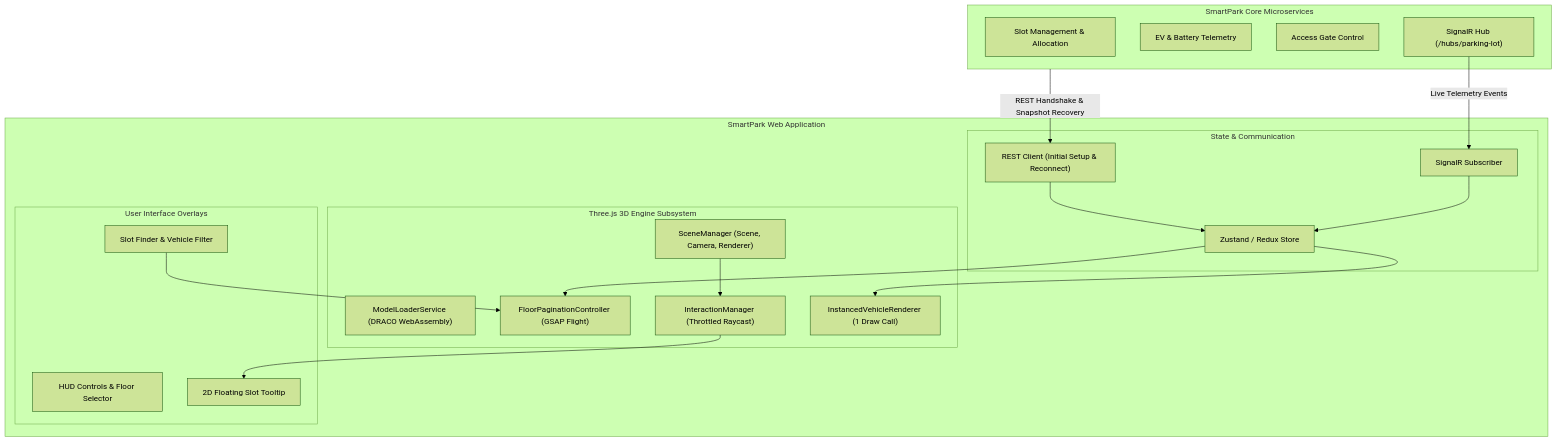
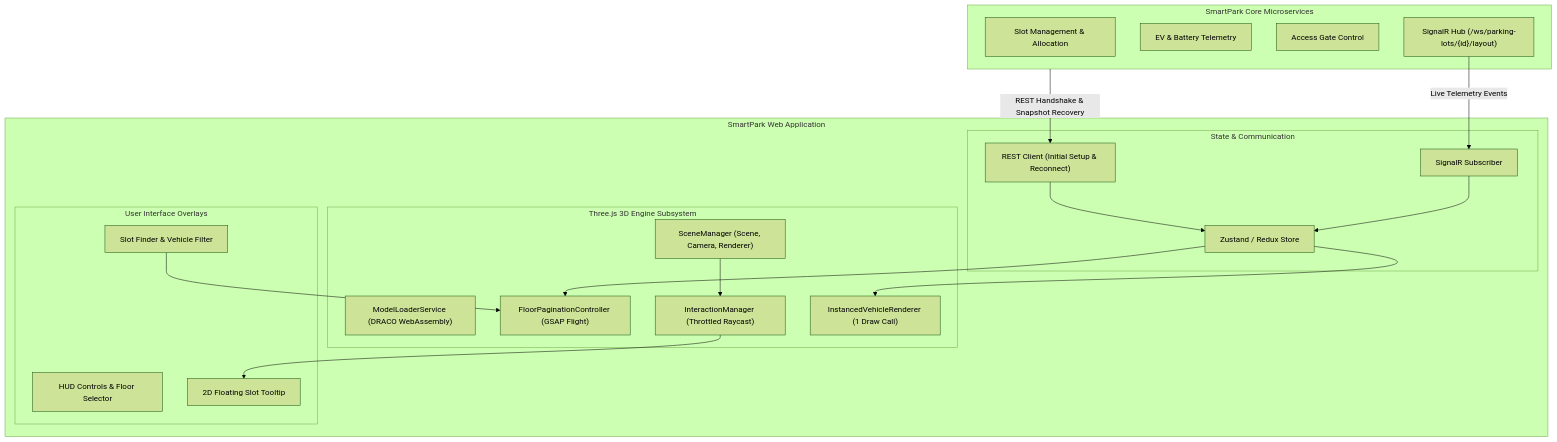
Before and after one commit to Quangthm/Mock-Project-Smart-Parking: the diagram in docs/03-design/3d-digital-twin/3D_MODEL_IMPLEMENTATION_GUIDE.md, drawn with Mermaid (forest theme). The commit also changed other lines of this file and 20 other files, not shown here.

````diff
--- a/docs/03-design/3d-digital-twin/3D_MODEL_IMPLEMENTATION_GUIDE.md
+++ b/docs/03-design/3d-digital-twin/3D_MODEL_IMPLEMENTATION_GUIDE.md
@@ -230,41 +230,41 @@
 ```mermaid
 flowchart TD
     subgraph Backend ["SmartPark Core Microservices"]
         SlotSvc["Slot Management & Allocation"]
         TeleSvc["EV & Battery Telemetry"]
         GateSvc["Access Gate Control"]
-        SignalRHub["SignalR Hub (/hubs/parking-lot)"]
+        SignalRHub["SignalR Hub (/ws/parking-lots/{id}/layout)"]
     end
 
     subgraph WebClient ["SmartPark Web Application"]
         subgraph StateLayer ["State & Communication"]
             REST["REST Client (Initial Setup & Reconnect)"]
             SignalRSub["SignalR Subscriber"]
             AppStore["Zustand / Redux Store"]
         end
 
         subgraph ThreeJSSubsystem ["Three.js 3D Engine Subsystem"]
             ModelLoader["ModelLoaderService (DRACO WebAssembly)"]
             SceneMgr["SceneManager (Scene, Camera, Renderer)"]
             FloorCtrl["FloorPaginationController (GSAP Flight)"]
             RaycastMgr["InteractionManager (Throttled Raycast)"]
             VehicleInstancer["InstancedVehicleRenderer (1 Draw Call)"]
         end
 
         subgraph UILayer ["User Interface Overlays"]
             HUD["HUD Controls & Floor Selector"]
             Tooltip["2D Floating Slot Tooltip"]
             SearchBox["Slot Finder & Vehicle Filter"]
         end
     end
 
     Backend -->|REST Handshake & Snapshot Recovery| REST
     SignalRHub -->|Live Telemetry Events| SignalRSub
     REST --> AppStore
     SignalRSub --> AppStore
     AppStore --> FloorCtrl
     AppStore --> VehicleInstancer
     SceneMgr --> RaycastMgr
     RaycastMgr --> Tooltip
     SearchBox --> FloorCtrl
 ```
````
